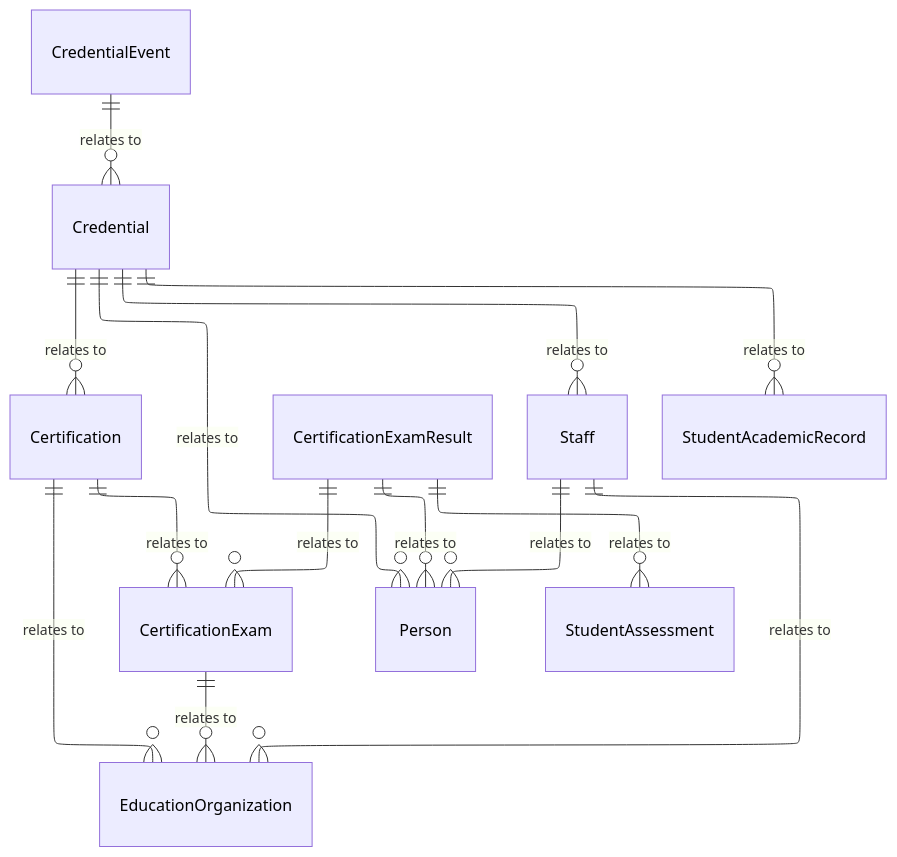
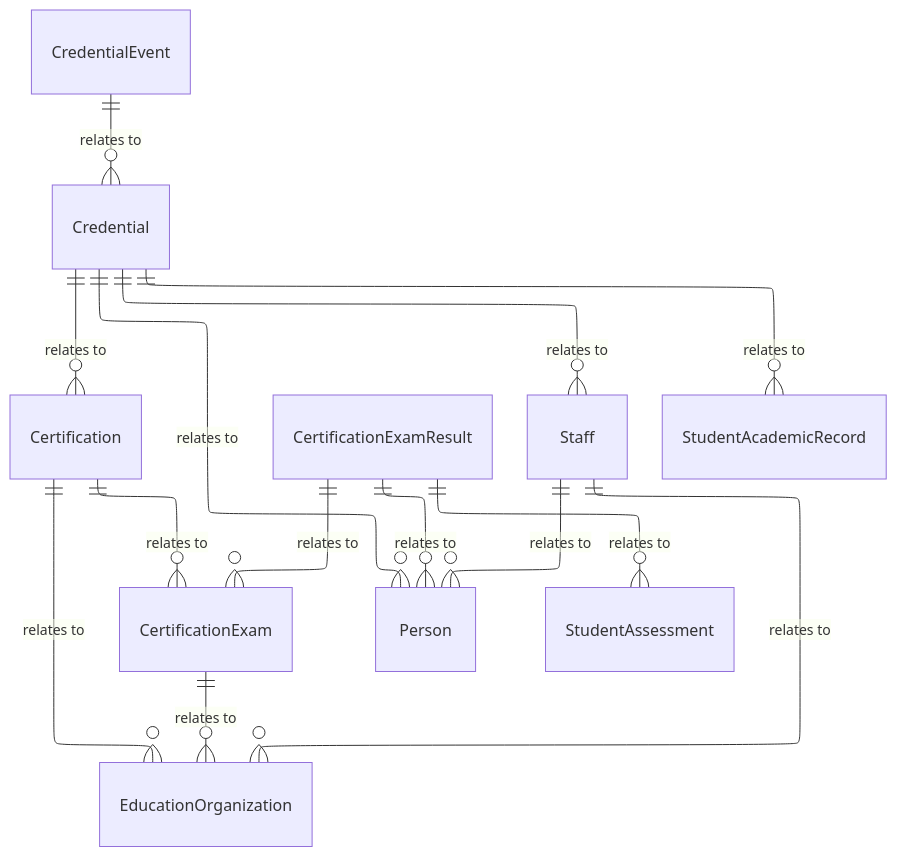
The diagram in dataStandard_versioned_docs/version-6/model-reference/credential-domain/model-diagrams.md (Ed-Fi-Alliance-OSS/ed-fi-alliance-oss.github.io), drawn with Mermaid before and after one commit. The commit also changed 24 other files, not shown here.

````diff
--- a/dataStandard_versioned_docs/version-6/model-reference/credential-domain/model-diagrams.md
+++ b/dataStandard_versioned_docs/version-6/model-reference/credential-domain/model-diagrams.md
@@ -10,50 +10,40 @@
 ```mermaid
 ---
 config:
   layout: elk
 ---
 erDiagram
     Credential {
     }
     CredentialEvent {
     }
     Certification {
     }
     CertificationExam {
     }
     CertificationExamResult {
     }
     Person {
     }
     Staff {
     }
     StudentAcademicRecord {
     }
     EducationOrganization {
     }
     StudentAssessment {
     }
     Staff ||--o{ Person : "relates to"
     Staff ||--o{ EducationOrganization : "relates to"
     Credential ||--o{ Staff : "relates to"
     Credential ||--o{ Person : "relates to"
     Credential ||--o{ Certification : "relates to"
     Credential ||--o{ StudentAcademicRecord : "relates to"
     CredentialEvent ||--o{ Credential : "relates to"
     Certification ||--o{ CertificationExam : "relates to"
     Certification ||--o{ EducationOrganization : "relates to"
     CertificationExam ||--o{ EducationOrganization : "relates to"
     CertificationExamResult ||--o{ CertificationExam : "relates to"
     CertificationExamResult ||--o{ Person : "relates to"
     CertificationExamResult ||--o{ StudentAssessment : "relates to"
-    style Credential color:#000000
-    style CredentialEvent color:#000000
-    style Certification color:#000000
-    style CertificationExam color:#000000
-    style CertificationExamResult color:#000000
-    style Person color:#000000
-    style Staff color:#000000
-    style StudentAcademicRecord color:#000000
-    style EducationOrganization color:#000000
-    style StudentAssessment color:#000000
 ```
````
